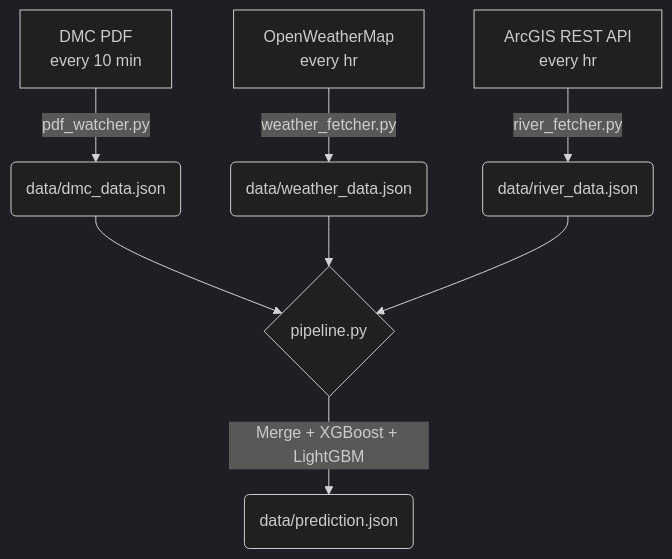
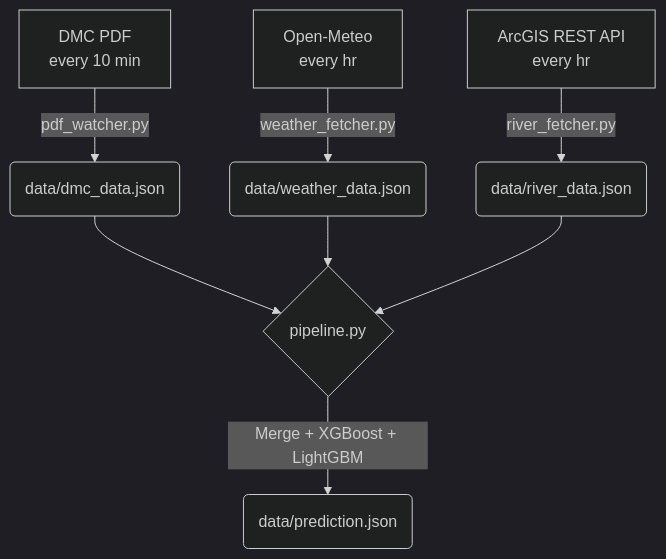
Before and after one commit to shehanhimasha/RTFD_Model: the diagram in README.md, drawn with Mermaid (dark theme). The commit also changed other lines of this file and 5 other files, not shown here.

````diff
--- a/README.md
+++ b/README.md
@@ -22,12 +22,12 @@
 ```mermaid
 graph TD
     A[DMC PDF<br>every 10 min] -->|pdf_watcher.py| D(data/dmc_data.json)
-    B[OpenWeatherMap<br>every hr] -->|weather_fetcher.py| E(data/weather_data.json)
+    B[Open-Meteo<br>every hr] -->|weather_fetcher.py| E(data/weather_data.json)
     C[ArcGIS REST API<br>every hr] -->|river_fetcher.py| F(data/river_data.json)
 
     D --> G{pipeline.py}
     E --> G
     F --> G
 
     G -->|Merge + XGBoost + LightGBM| H(data/prediction.json)
 ```
````
